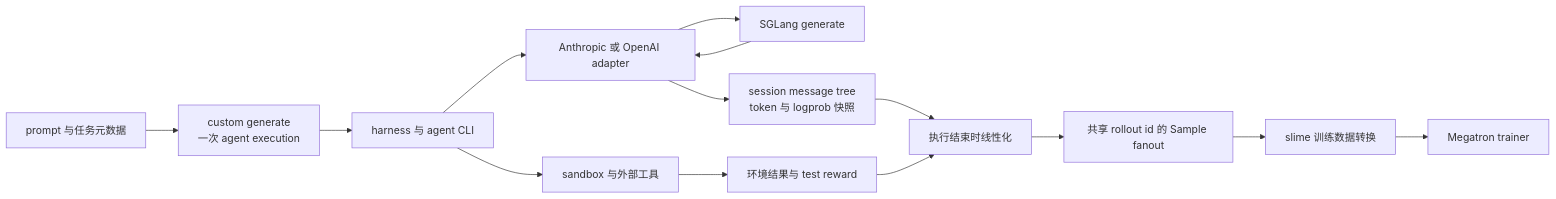
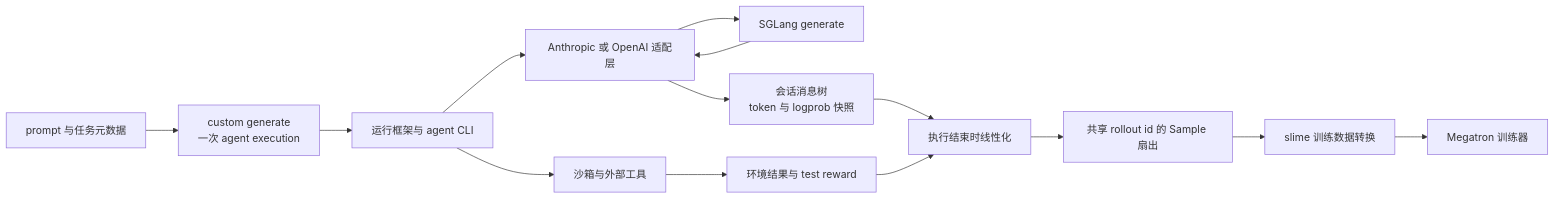
One commit to suhaibo666/llm-knowledge changed the diagram in wiki/02_engineering/04_posttrain_frameworks/slime/24_slime_agent_workflow_examples_analysis.md. Above: the diagram before and after it, drawn with Mermaid. The commit also changed other lines of this file and 21 other files, not shown here.

````diff
--- a/wiki/02_engineering/04_posttrain_frameworks/slime/24_slime_agent_workflow_examples_analysis.md
+++ b/wiki/02_engineering/04_posttrain_frameworks/slime/24_slime_agent_workflow_examples_analysis.md
@@ -38,16 +38,16 @@
 ```mermaid
 flowchart LR
     DS["prompt 与任务元数据"] --> CG["custom generate<br/>一次 agent execution"]
-    CG --> HR["harness 与 agent CLI"]
-    HR --> SB["sandbox 与外部工具"]
-    HR --> AD["Anthropic 或 OpenAI adapter"]
+    CG --> HR["运行框架与 agent CLI"]
+    HR --> SB["沙箱与外部工具"]
+    HR --> AD["Anthropic 或 OpenAI 适配层"]
     AD --> SG["SGLang generate"]
     SG --> AD
-    AD --> TM["session message tree<br/>token 与 logprob 快照"]
+    AD --> TM["会话消息树<br/>token 与 logprob 快照"]
     SB --> EV["环境结果与 test reward"]
     TM --> LX["执行结束时线性化"]
     EV --> LX
-    LX --> FO["共享 rollout id 的 Sample fanout"]
+    LX --> FO["共享 rollout id 的 Sample 扇出"]
     FO --> CV["slime 训练数据转换"]
-    CV --> TR["Megatron trainer"]
+    CV --> TR["Megatron 训练器"]
 ```
````
